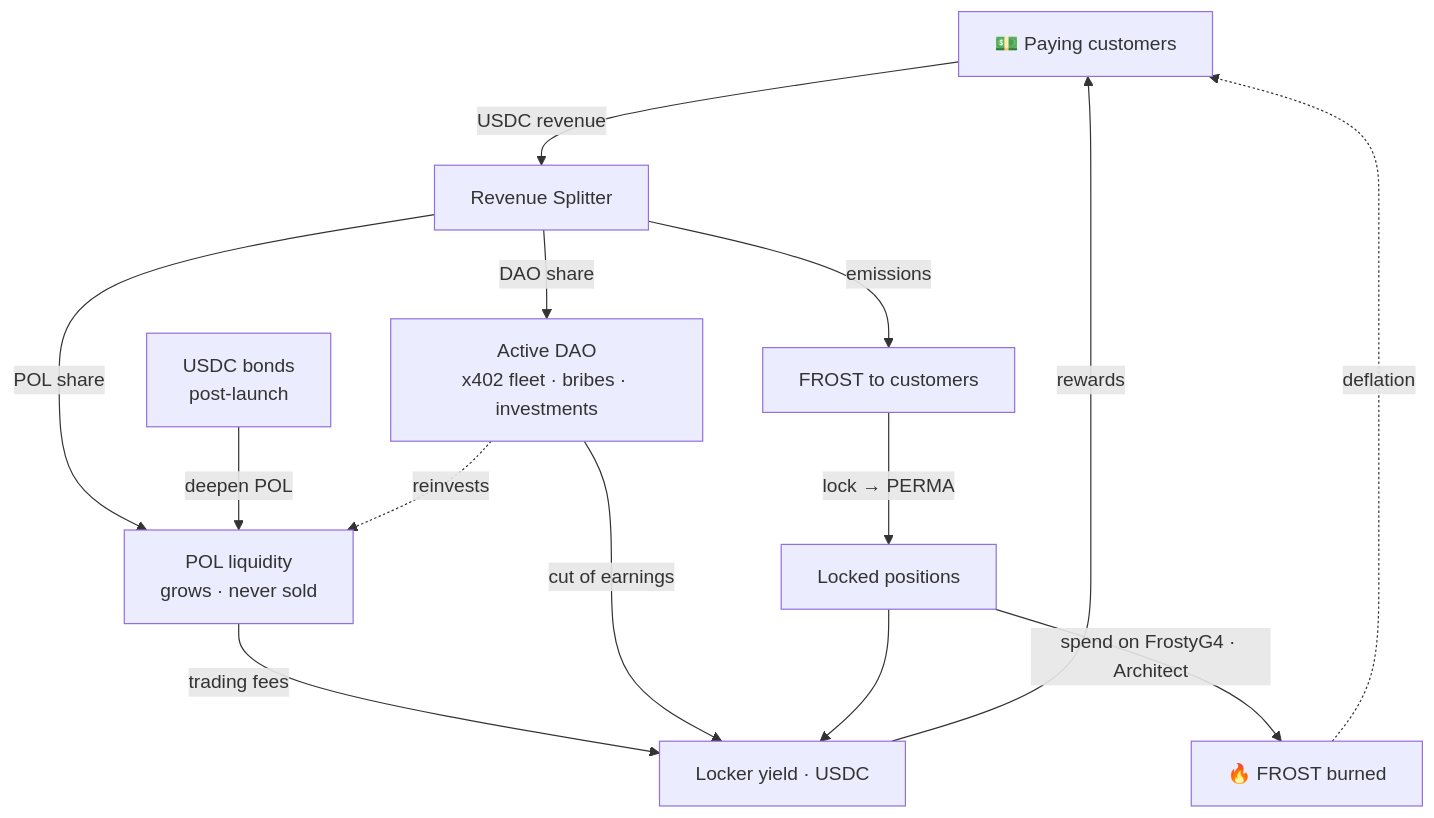
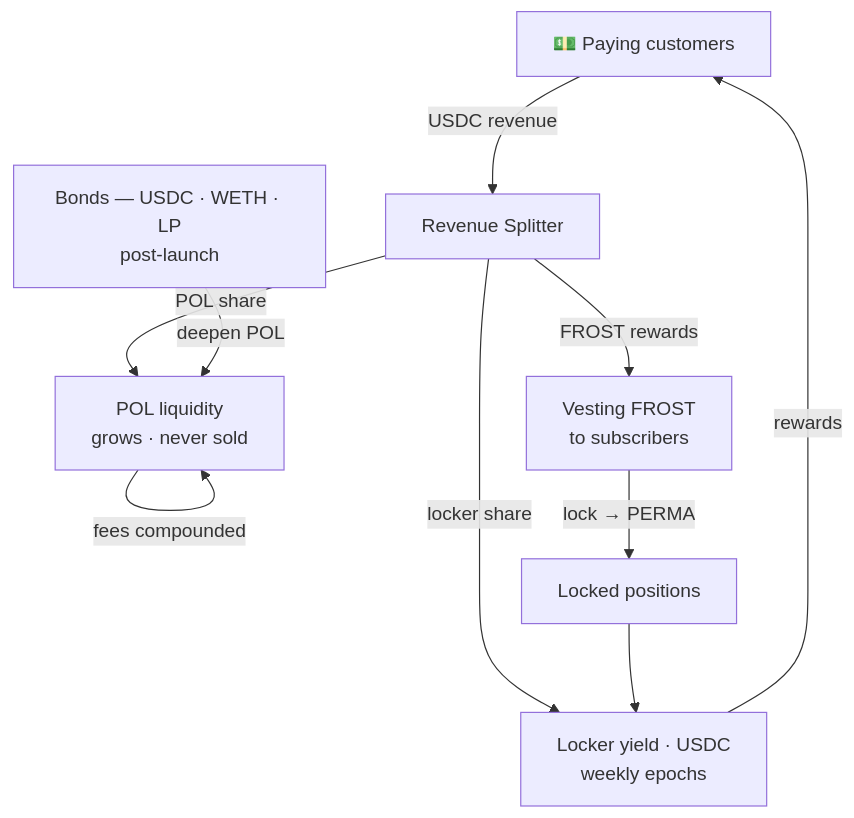
The second of 2 diagrams in pages/docs/pol.en.mdx (frosty720/frostyfi-docs), drawn with Mermaid before and after one commit. The commit also changed other lines of this file and 18 other files, not shown here.

Commit message:
refactor: update project documentation, tokenomics model, and system architecture diagrams across multiple languages

````diff
--- a/pages/docs/pol.en.mdx
+++ b/pages/docs/pol.en.mdx
@@ -84,16 +83,12 @@
 ```mermaid
 flowchart TD
     C["💵 Paying customers"] -->|USDC revenue| S["Revenue Splitter"]
     S -->|POL share| POL["POL liquidity<br/>grows · never sold"]
-    S -->|emissions| E["FROST to customers"]
-    S -->|DAO share| DAO["Active DAO<br/>x402 fleet · bribes · investments"]
-    BOND["USDC bonds<br/>post-launch"] -->|deepen POL| POL
+    S -->|FROST rewards| E["Vesting FROST<br/>to subscribers"]
+    S -->|locker share| Y["Locker yield · USDC<br/>weekly epochs"]
+    BOND["Bonds — USDC · WETH · LP<br/>post-launch"] -->|deepen POL| POL
     E -->|lock → PERMA| P["Locked positions"]
-    POL -->|trading fees| Y["Locker yield · USDC"]
-    DAO -->|cut of earnings| Y
+    POL -->|fees compounded| POL
     P --> Y
-    P -->|spend on FrostyG4 · Architect| B["🔥 FROST burned"]
-    DAO -.reinvests.-> POL
     Y -->|rewards| C
-    B -.deflation.-> C
 ```
````
